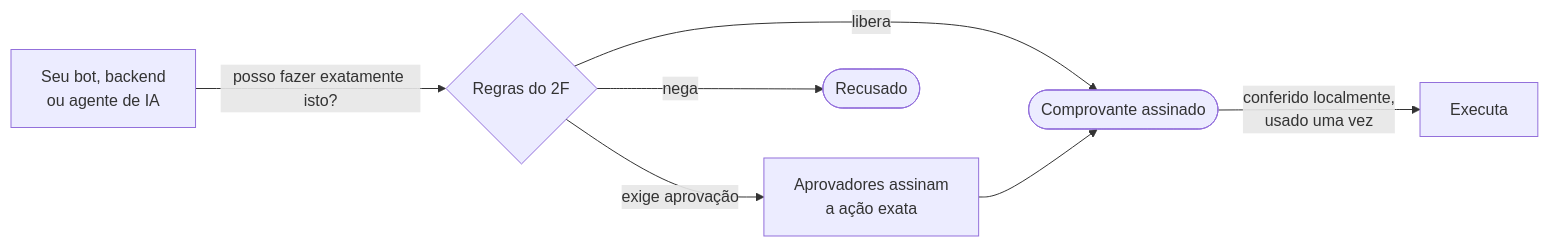
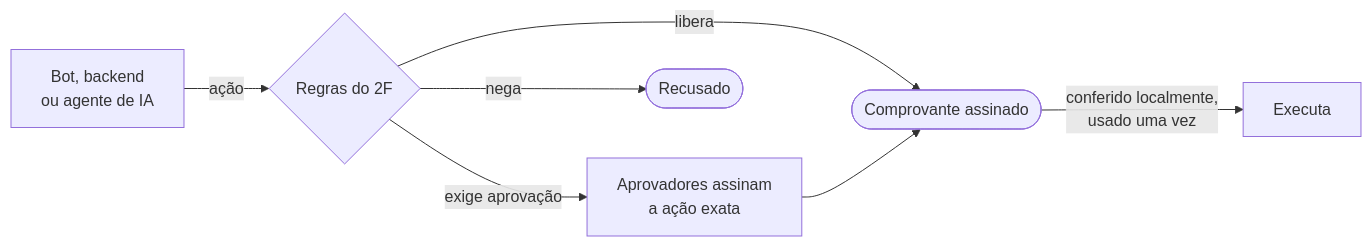
One commit to zanzarini/2f changed the first of 2 diagrams in README.pt-BR.md. Above: the diagram before and after it, drawn with Mermaid. The commit also changed other lines of this file and 6 other files, not shown here.

````diff
--- a/README.pt-BR.md
+++ b/README.pt-BR.md
@@ -31,9 +27,9 @@
 ```mermaid
 flowchart LR
-    bot["Seu bot, backend<br/>ou agente de IA"] -- "posso fazer exatamente isto?" --> twof{"Regras do 2F"}
+    bot["Bot, backend<br/>ou agente de IA"] -- "ação" --> twof{"Regras do 2F"}
     twof -- "libera" --> receipt(["Comprovante assinado"])
     twof -- "exige aprovação" --> people["Aprovadores assinam<br/>a ação exata"]
     people --> receipt
     twof -- "nega" --> stop(["Recusado"])
     receipt -- "conferido localmente,<br/>usado uma vez" --> exec["Executa"]
 ```
````
